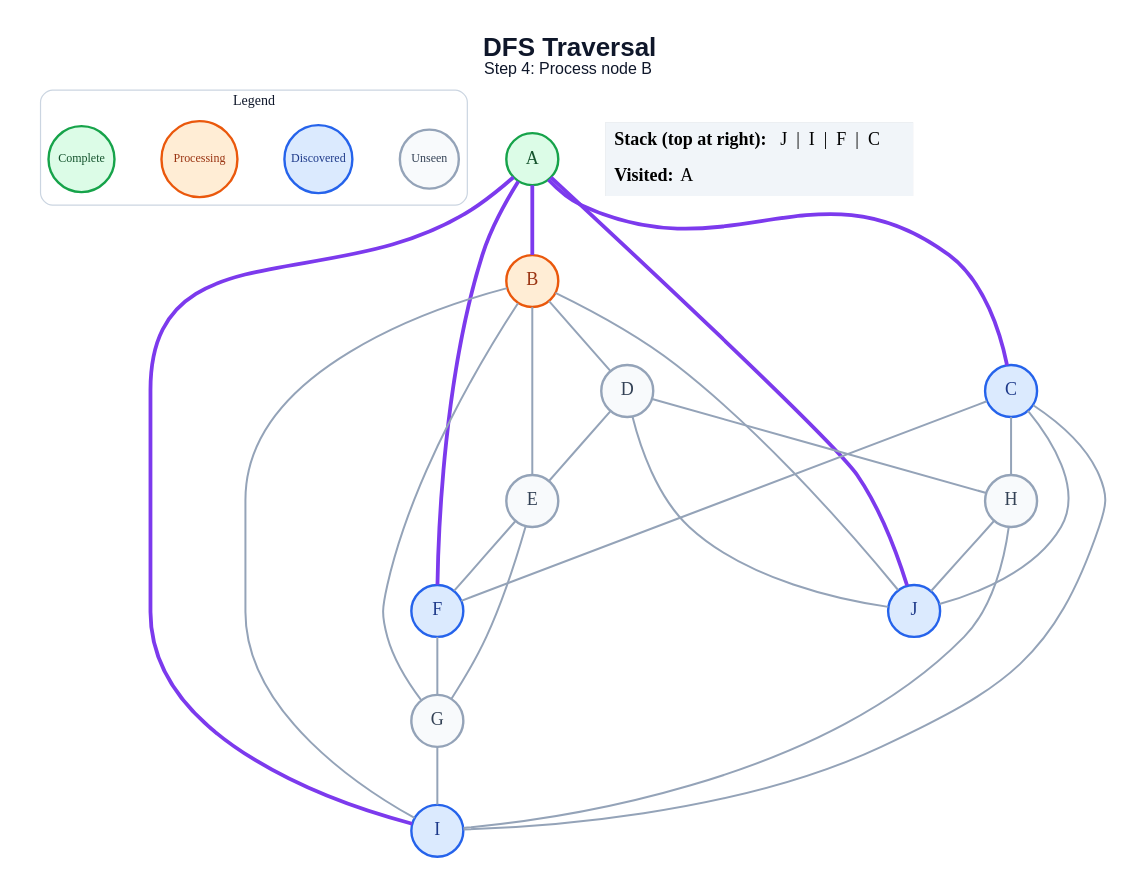
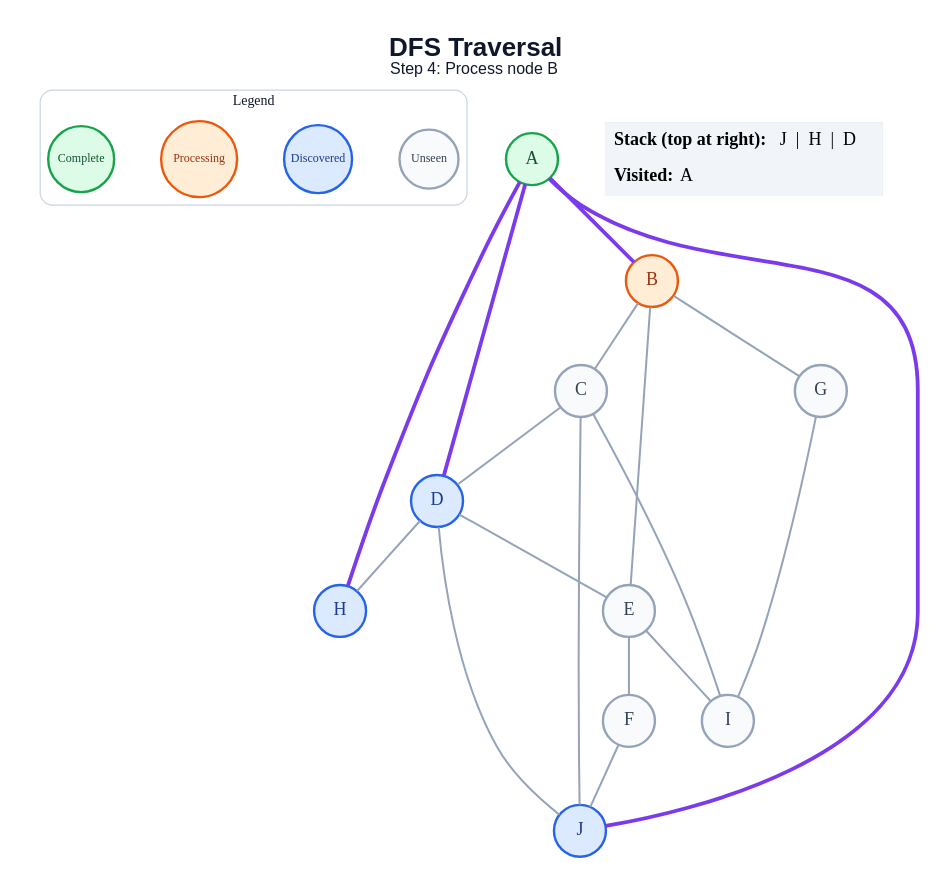
Before and after one commit to amanghodawala9/ai-slop: the diagram in generated/dfs/step_04.dot, drawn with Graphviz. The commit also changed 178 other files, not shown here.

```diff
--- a/generated/dfs/step_04.dot
+++ b/generated/dfs/step_04.dot
@@ -1,52 +1,46 @@
 graph traversal {
   graph [layout=dot, rankdir=TB, bgcolor="#FFFFFF", pad="0.35", nodesep="0.65", ranksep="0.8", fontname="Arial"];
   node [shape=circle, style="filled", fontname="Arial Bold", fontsize=18, width=0.72, fixedsize=true, penwidth=2.4];
   edge [color="#94A3B8", penwidth=2.0];
   label=<<B>DFS Traversal</B><BR/><FONT POINT-SIZE="16">Step 4: Process node B</FONT>>; labelloc="t"; fontsize=26; fontname="Arial"; fontcolor="#0F172A";
   subgraph cluster_legend { label="Legend"; color="#CBD5E1"; penwidth=1.2; style="rounded"; fontsize=14; fontname="Arial Bold";
     key_unseen [label="Unseen", fillcolor="#F8FAFC", color="#94A3B8", fontcolor="#334155", fontsize=12, width=0.82];
     key_frontier [label="Discovered", fillcolor="#DBEAFE", color="#2563EB", fontcolor="#1E3A8A", fontsize=12, width=0.95];
     key_current [label="Processing", fillcolor="#FFEDD5", color="#EA580C", fontcolor="#9A3412", fontsize=12, width=1.05];
     key_done [label="Complete", fillcolor="#DCFCE7", color="#16A34A", fontcolor="#14532D", fontsize=12, width=0.92];
     { rank=same; key_unseen; key_frontier; key_current; key_done; }
   }
   A [fillcolor="#DCFCE7", color="#16A34A", fontcolor="#14532D"];
   B [fillcolor="#FFEDD5", color="#EA580C", fontcolor="#9A3412"];
-  C [fillcolor="#DBEAFE", color="#2563EB", fontcolor="#1E3A8A"];
-  D [fillcolor="#F8FAFC", color="#94A3B8", fontcolor="#334155"];
+  C [fillcolor="#F8FAFC", color="#94A3B8", fontcolor="#334155"];
+  D [fillcolor="#DBEAFE", color="#2563EB", fontcolor="#1E3A8A"];
   E [fillcolor="#F8FAFC", color="#94A3B8", fontcolor="#334155"];
-  F [fillcolor="#DBEAFE", color="#2563EB", fontcolor="#1E3A8A"];
+  F [fillcolor="#F8FAFC", color="#94A3B8", fontcolor="#334155"];
   G [fillcolor="#F8FAFC", color="#94A3B8", fontcolor="#334155"];
-  H [fillcolor="#F8FAFC", color="#94A3B8", fontcolor="#334155"];
-  I [fillcolor="#DBEAFE", color="#2563EB", fontcolor="#1E3A8A"];
+  H [fillcolor="#DBEAFE", color="#2563EB", fontcolor="#1E3A8A"];
+  I [fillcolor="#F8FAFC", color="#94A3B8", fontcolor="#334155"];
   J [fillcolor="#DBEAFE", color="#2563EB", fontcolor="#1E3A8A"];
   A -- B [color="#7C3AED", penwidth=3.8];
-  A -- C [color="#7C3AED", penwidth=3.8];
-  A -- F [color="#7C3AED", penwidth=3.8];
-  A -- I [color="#7C3AED", penwidth=3.8];
+  A -- D [color="#7C3AED", penwidth=3.8];
+  A -- H [color="#7C3AED", penwidth=3.8];
   A -- J [color="#7C3AED", penwidth=3.8];
-  B -- D;
+  B -- C;
   B -- E;
   B -- G;
-  B -- I;
-  B -- J;
-  C -- F;
-  C -- H;
+  C -- D;
   C -- I;
   C -- J;
   D -- E;
   D -- H;
   D -- J;
   E -- F;
-  E -- G;
-  F -- G;
+  E -- I;
+  F -- J;
   G -- I;
-  H -- I;
-  H -- J;
   status [shape=plain, fixedsize=false, width=0, height=0, margin=0, label=<
     <TABLE BORDER="0" CELLBORDER="0" CELLPADDING="7" BGCOLOR="#F1F5F9">
-      <TR><TD ALIGN="LEFT"><B>Stack (top at right):</B> J  |  I  |  F  |  C</TD></TR>
+      <TR><TD ALIGN="LEFT"><B>Stack (top at right):</B> J  |  H  |  D</TD></TR>
       <TR><TD ALIGN="LEFT"><B>Visited:</B> A</TD></TR>
     </TABLE>
   >];
 }
```
